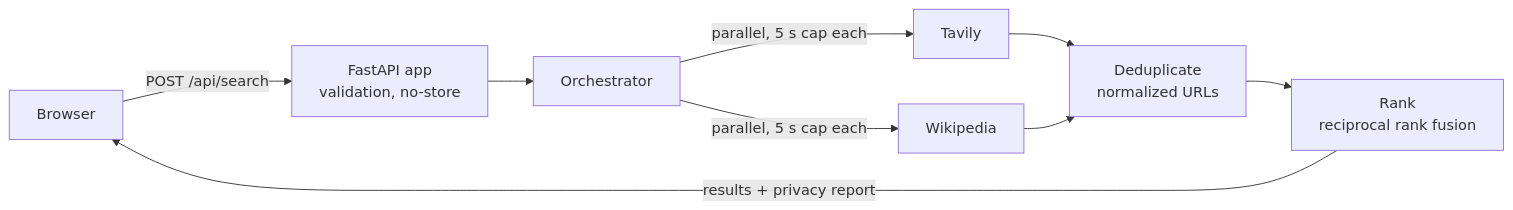
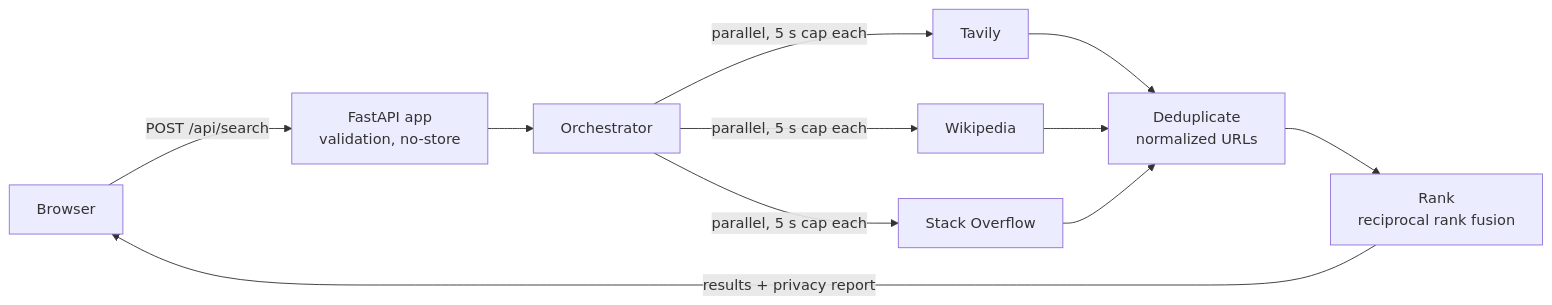
The diagram in README.md (topukumar538/private-search), drawn with Mermaid before and after one commit. The commit also changed other lines of this file, not shown here.

Commit message:
Check every source for leaks; update README for Stack Overflow

````diff
--- a/README.md
+++ b/README.md
@@ -13,11 +13,13 @@
 ```mermaid
 flowchart LR
     U[Browser] -->|POST /api/search| A[FastAPI app<br/>validation, no-store]
     A --> O[Orchestrator]
     O -->|parallel, 5 s cap each| T[Tavily]
     O -->|parallel, 5 s cap each| W[Wikipedia]
+    O -->|parallel, 5 s cap each| S[Stack Overflow]
     T --> D[Deduplicate<br/>normalized URLs]
     W --> D
+    S --> D
     D --> R[Rank<br/>reciprocal rank fusion]
     R -->|results + privacy report| U
 ```
````
